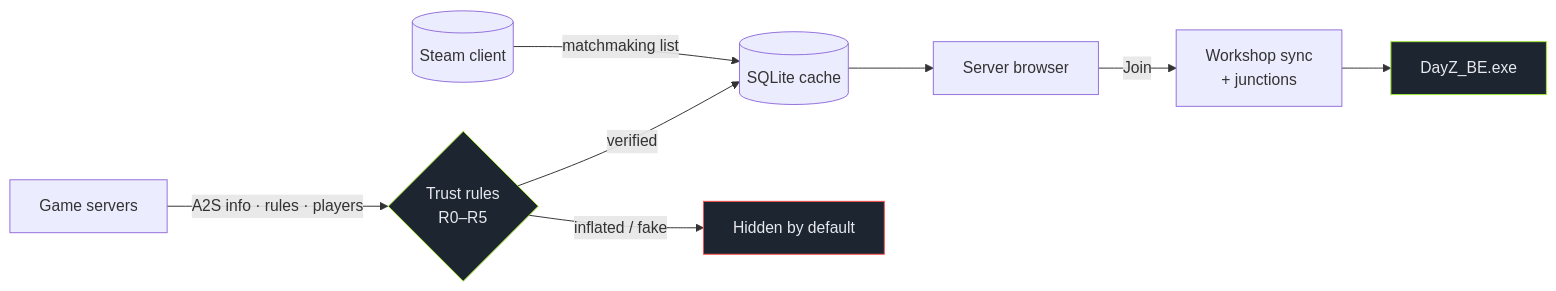
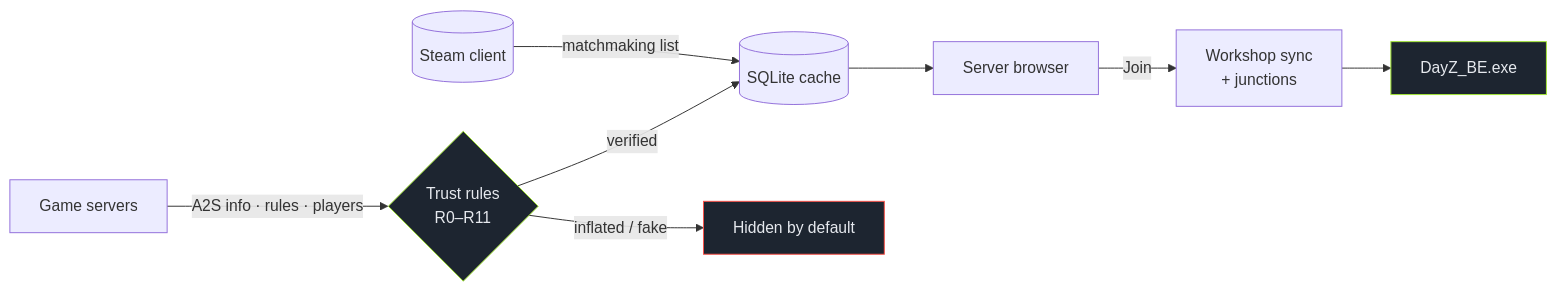
Before and after one commit to NobbyBo11ocks/DayZ-Launcher: the diagram in README.md, drawn with Mermaid. The commit also changed other lines of this file and 1 other file, not shown here.

Commit message:
The roadmap and README catch up with v0.1.38 to v0.1.42

````diff
--- a/README.md
+++ b/README.md
@@ -155,13 +155,13 @@
 ```mermaid
 flowchart LR
   Steam[("Steam client")] -- matchmaking list --> Cache[("SQLite cache")]
-  Servers["Game servers"] -- "A2S info · rules · players" --> Verify{"Trust rules<br/>R0–R5"}
+  Servers["Game servers"] -- "A2S info · rules · players" --> Verify{"Trust rules<br/>R0–R11"}
   Verify -- verified --> Cache
   Verify -- inflated / fake --> Hidden["Hidden by default"]
   Cache --> UI["Server browser"]
   UI -- Join --> Sync["Workshop sync<br/>+ junctions"] --> BE["DayZ_BE.exe"]
 
   style Verify fill:#1d2530,stroke:#a3e635,color:#e6e9ee
   style Hidden fill:#1d2530,stroke:#f85149,color:#e6e9ee
   style BE fill:#1d2530,stroke:#a3e635,color:#e6e9ee
 ```
````
